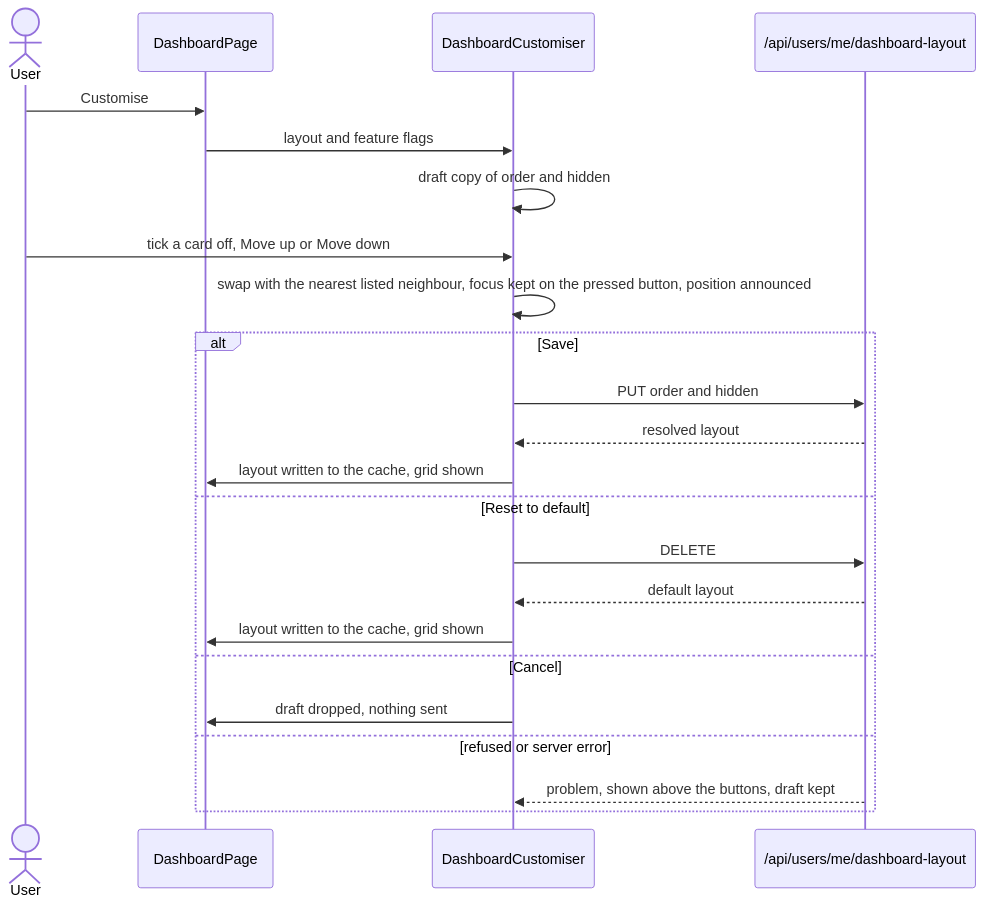
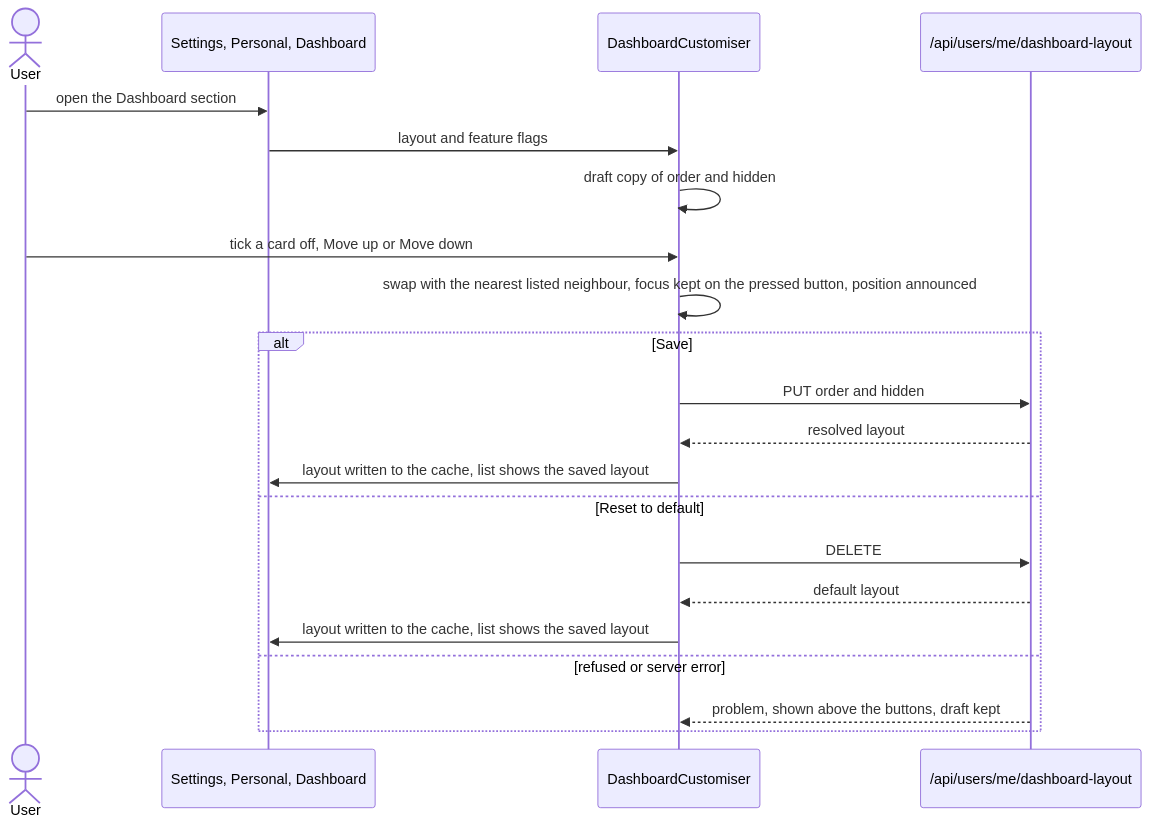
One commit to Justxs/Jx-Finance changed the third of 3 diagrams in docs/features/dashboard.md. Above: the diagram before and after it, drawn with Mermaid. The commit also changed other lines of this file and 18 other files, not shown here.

First line of the commit message:
feat: move dashboard layout to settings and add a Ko-fi support link

````diff
--- a/docs/features/dashboard.md
+++ b/docs/features/dashboard.md
@@ -82,25 +82,23 @@
 ```mermaid
 sequenceDiagram
     actor User
-    participant Page as DashboardPage
+    participant Page as Settings, Personal, Dashboard
     participant Cust as DashboardCustomiser
     participant Api as /api/users/me/dashboard-layout
-    User->>Page: Customise
+    User->>Page: open the Dashboard section
     Page->>Cust: layout and feature flags
     Cust->>Cust: draft copy of order and hidden
     User->>Cust: tick a card off, Move up or Move down
     Cust->>Cust: swap with the nearest listed neighbour, focus kept on the pressed button, position announced
     alt Save
         Cust->>Api: PUT order and hidden
         Api-->>Cust: resolved layout
-        Cust->>Page: layout written to the cache, grid shown
+        Cust->>Page: layout written to the cache, list shows the saved layout
     else Reset to default
         Cust->>Api: DELETE
         Api-->>Cust: default layout
-        Cust->>Page: layout written to the cache, grid shown
-    else Cancel
-        Cust->>Page: draft dropped, nothing sent
+        Cust->>Page: layout written to the cache, list shows the saved layout
     else refused or server error
         Api-->>Cust: problem, shown above the buttons, draft kept
     end
 ```
````
